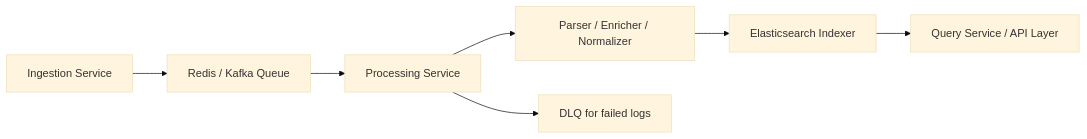
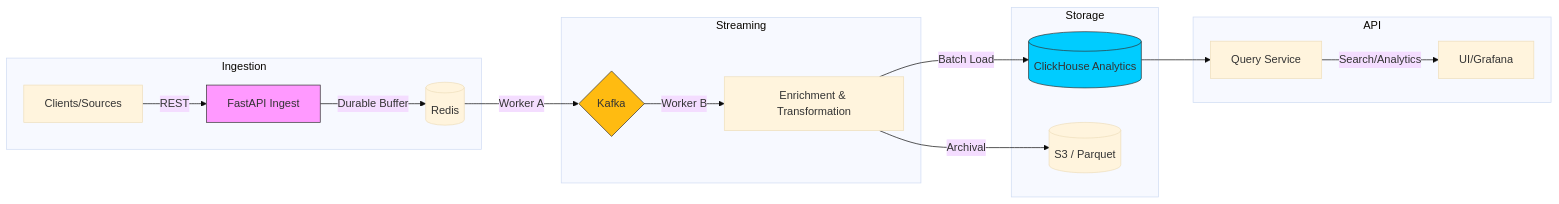
One commit to khushal075/streamlens changed the diagram in README.md. Above: the diagram before and after it, drawn with Mermaid (base theme). The commit also changed other lines of this file, not shown here.

````diff
--- a/README.md
+++ b/README.md
@@ -40,9 +29,26 @@
 ```mermaid
 graph LR
-A[Ingestion Service] --> B[Redis / Kafka Queue]
-B --> C[Processing Service]
-C --> D[Parser / Enricher / Normalizer]
-D --> E[Elasticsearch Indexer]
-C --> F[DLQ for failed logs]
-E --> G[Query Service / API Layer]
+    subgraph Ingestion
+    A[Clients/Sources] -->|REST| B[FastAPI Ingest]
+    B -->|Durable Buffer| C[(Redis)]
+    end
+
+    subgraph Streaming
+    C -->|Worker A| D{Kafka}
+    D -->|Worker B| E[Enrichment & Transformation]
+    end
+
+    subgraph Storage
+    E -->|Batch Load| F[(ClickHouse Analytics)]
+    E -->|Archival| G[(S3 / Parquet)]
+    end
+
+    subgraph API
+    F --> H[Query Service]
+    H -->|Search/Analytics| I[UI/Grafana]
+    end
+
+    style B fill:#f9f,stroke:#333
+    style D fill:#fb1,stroke:#333
+    style F fill:#0cf,stroke:#333
 ```
````
